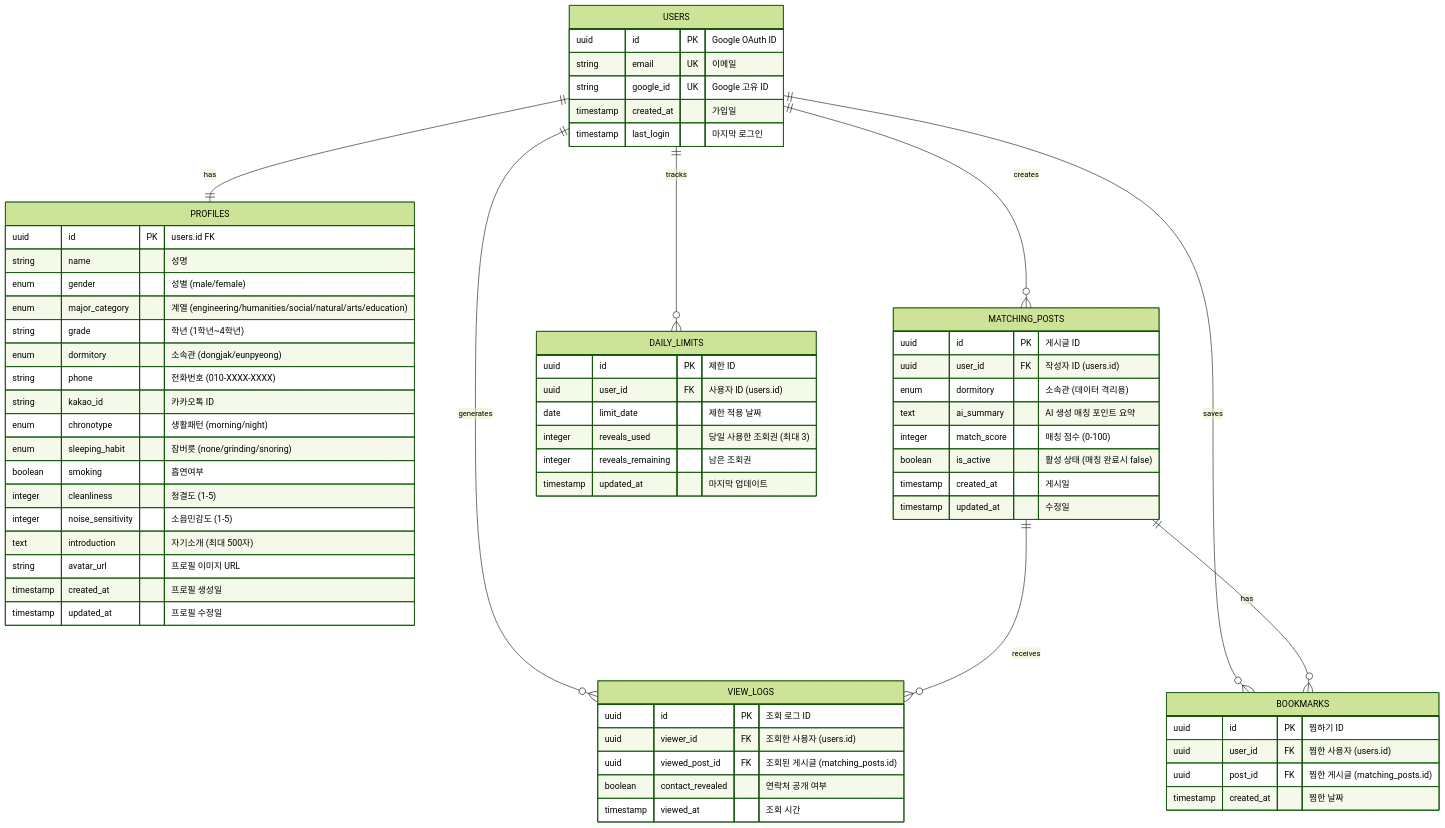
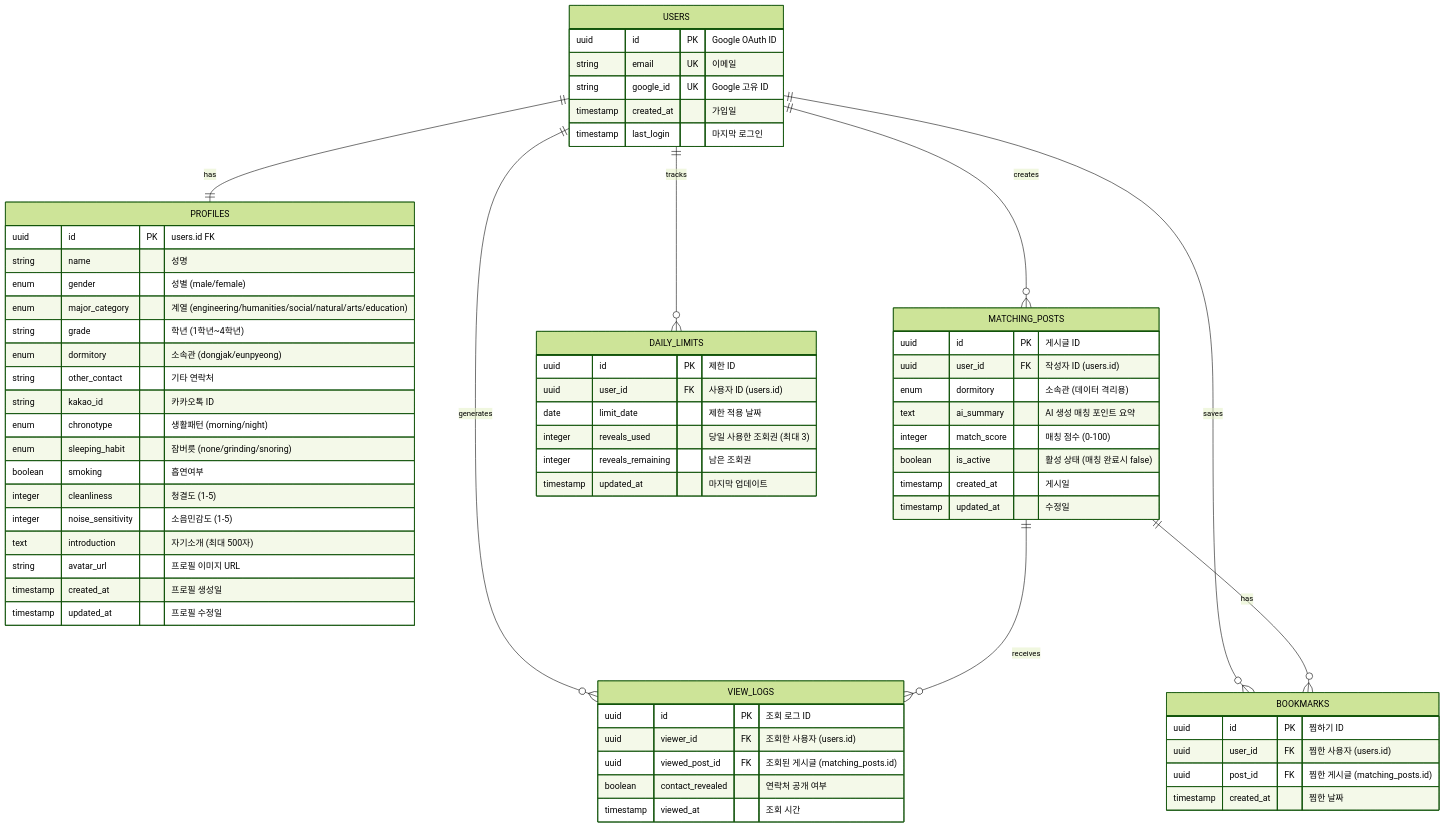
The third of 3 diagrams in docs/FLOW.md (yxxndxxn/matching-me), drawn with Mermaid (forest theme) before and after one commit. The commit also changed other lines of this file and 176 other files, not shown here.

````diff
--- a/docs/FLOW.md
+++ b/docs/FLOW.md
@@ -166,74 +166,74 @@
 ```mermaid
 erDiagram
     USERS ||--|| PROFILES : has
     USERS ||--o{ MATCHING_POSTS : creates
     USERS ||--o{ VIEW_LOGS : generates
     USERS ||--o{ BOOKMARKS : saves
     MATCHING_POSTS ||--o{ VIEW_LOGS : receives
     MATCHING_POSTS ||--o{ BOOKMARKS : has
 
     USERS {
         uuid id PK "Google OAuth ID"
         string email UK "이메일"
         string google_id UK "Google 고유 ID"
         timestamp created_at "가입일"
         timestamp last_login "마지막 로그인"
     }
 
     PROFILES {
         uuid id PK "users.id FK"
         string name "성명"
         enum gender "성별 (male/female)"
         enum major_category "계열 (engineering/humanities/social/natural/arts/education)"
         string grade "학년 (1학년~4학년)"
         enum dormitory "소속관 (dongjak/eunpyeong)"
-        string phone "전화번호 (010-XXXX-XXXX)"
+        string other_contact "기타 연락처"
         string kakao_id "카카오톡 ID"
         enum chronotype "생활패턴 (morning/night)"
         enum sleeping_habit "잠버릇 (none/grinding/snoring)"
         boolean smoking "흡연여부"
         integer cleanliness "청결도 (1-5)"
         integer noise_sensitivity "소음민감도 (1-5)"
         text introduction "자기소개 (최대 500자)"
         string avatar_url "프로필 이미지 URL"
         timestamp created_at "프로필 생성일"
         timestamp updated_at "프로필 수정일"
     }
 
     MATCHING_POSTS {
         uuid id PK "게시글 ID"
         uuid user_id FK "작성자 ID (users.id)"
         enum dormitory "소속관 (데이터 격리용)"
         text ai_summary "AI 생성 매칭 포인트 요약"
         integer match_score "매칭 점수 (0-100)"
         boolean is_active "활성 상태 (매칭 완료시 false)"
         timestamp created_at "게시일"
         timestamp updated_at "수정일"
     }
 
     VIEW_LOGS {
         uuid id PK "조회 로그 ID"
         uuid viewer_id FK "조회한 사용자 (users.id)"
         uuid viewed_post_id FK "조회된 게시글 (matching_posts.id)"
         boolean contact_revealed "연락처 공개 여부"
         timestamp viewed_at "조회 시간"
     }
 
     BOOKMARKS {
         uuid id PK "찜하기 ID"
         uuid user_id FK "찜한 사용자 (users.id)"
         uuid post_id FK "찜한 게시글 (matching_posts.id)"
         timestamp created_at "찜한 날짜"
     }
 
     DAILY_LIMITS {
         uuid id PK "제한 ID"
         uuid user_id FK "사용자 ID (users.id)"
         date limit_date "제한 적용 날짜"
         integer reveals_used "당일 사용한 조회권 (최대 3)"
         integer reveals_remaining "남은 조회권"
         timestamp updated_at "마지막 업데이트"
     }
 
     USERS ||--o{ DAILY_LIMITS : tracks
 ```
````
